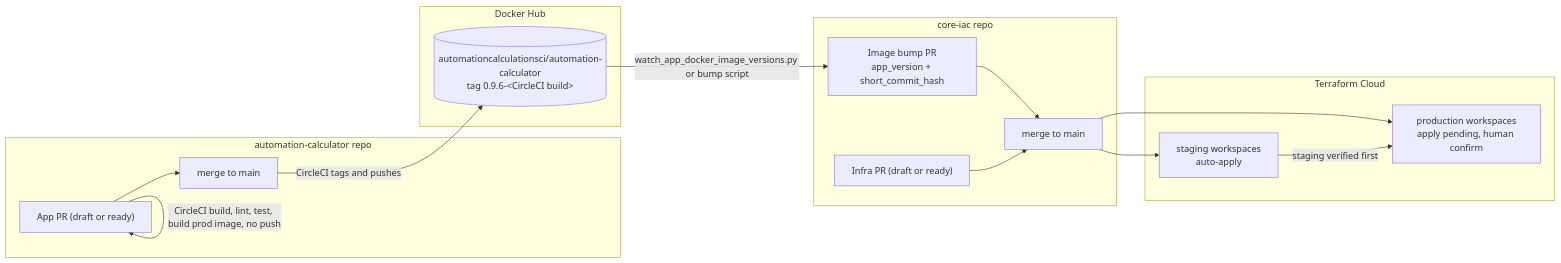
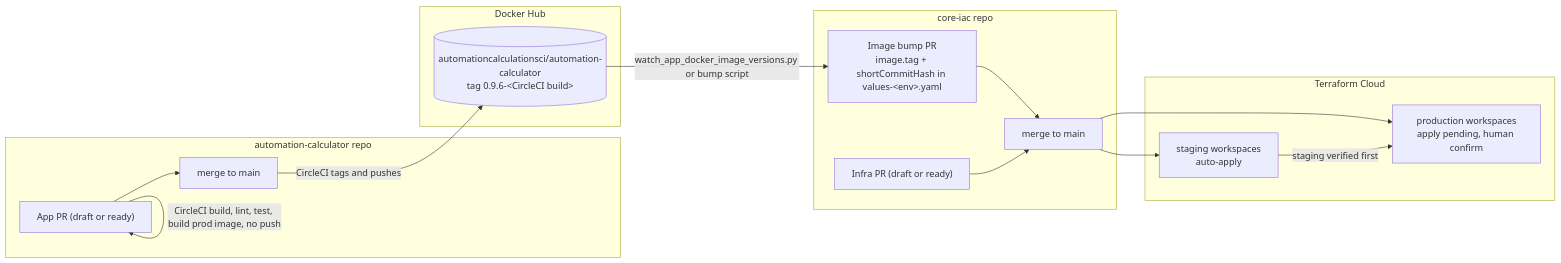
Before and after one commit to team-automation-calculator/core-iac: the first of 4 diagrams in docs/architecture/deploy-and-validate.md, drawn with Mermaid. The commit also changed other lines of this file and 1 other file, not shown here.

Commit message:
Architecture docs: image bump edits values-<env>.yaml, secrets are required chart values
Carries the phase 1 values layering into the diagrams main added in #439.

````diff
--- a/docs/architecture/deploy-and-validate.md
+++ b/docs/architecture/deploy-and-validate.md
@@ -12,28 +12,28 @@
 ```mermaid
 flowchart LR
     subgraph app["automation-calculator repo"]
         apr["App PR (draft or ready)"]
         amain["merge to main"]
     end
     subgraph hub["Docker Hub"]
         img[("automationcalculationsci/automation-calculator<br/>tag 0.9.6-&lt;CircleCI build&gt;")]
     end
     subgraph iac["core-iac repo"]
-        bump["Image bump PR<br/>app_version + short_commit_hash"]
+        bump["Image bump PR<br/>image.tag + shortCommitHash in values-&lt;env&gt;.yaml"]
         ipr["Infra PR (draft or ready)"]
         imain["merge to main"]
     end
     subgraph tfc["Terraform Cloud"]
         stg["staging workspaces<br/>auto-apply"]
         prd["production workspaces<br/>apply pending, human confirm"]
     end
 
     apr -->|CircleCI build, lint, test, build prod image, no push| apr
     apr --> amain -->|CircleCI tags and pushes| img
     img -->|watch_app_docker_image_versions.py or bump script| bump
     bump --> imain
     ipr --> imain
     imain --> stg
     imain --> prd
     stg -->|staging verified first| prd
 ```
````
